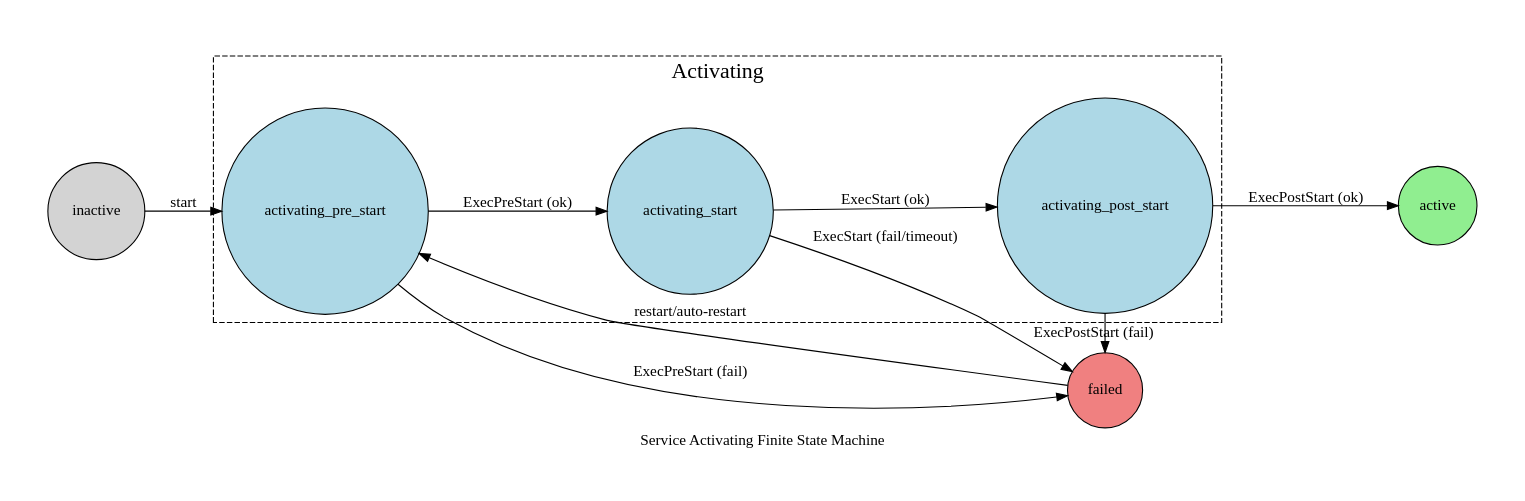
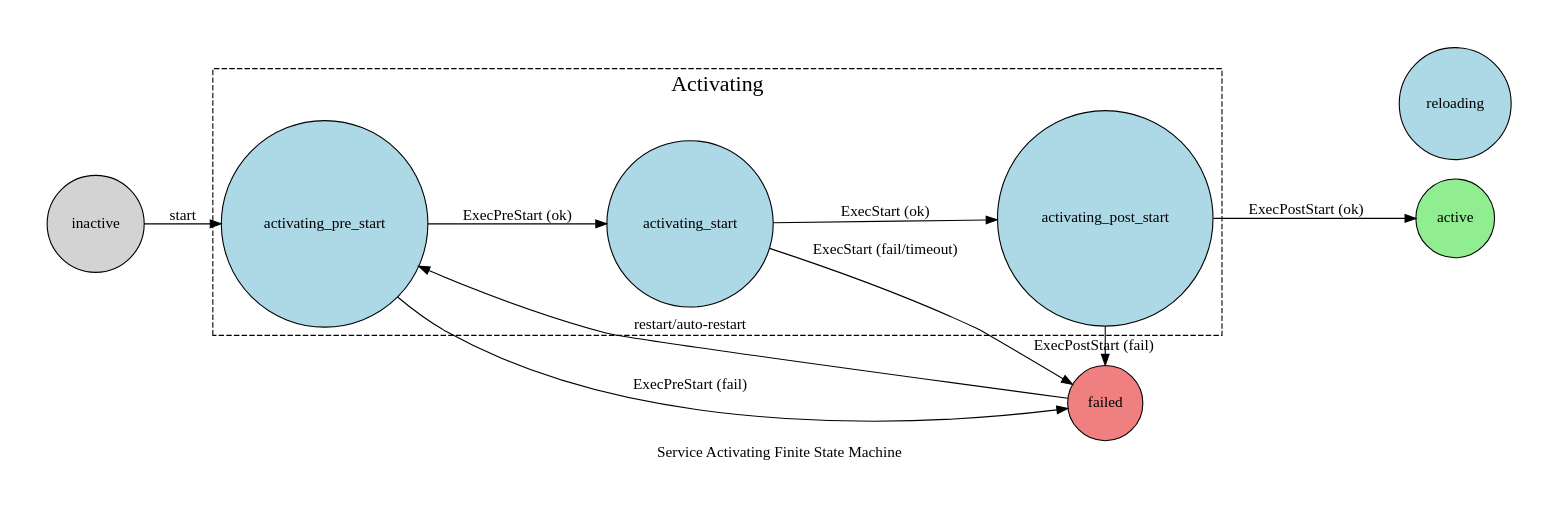
Before and after one commit to TheKhanj/ella: the diagram in fsm/service-activating.dot, drawn with Graphviz. The commit also changed 1 other file, not shown here.

```diff
--- a/fsm/service-activating.dot
+++ b/fsm/service-activating.dot
@@ -1,33 +1,35 @@
 digraph service_states {
 	label="Service Activating Finite State Machine";
 	rankdir=LR;
 	fontname="Ubuntu";
 	style=solid;
 	graph [pad="0.5"];
 	node [shape=circle, style=filled, fillcolor=lightblue, fontname="Ubuntu"];
+	{ rank=min; inactive; };
+	{ rank=same; reloading; active; };
 
 	// States
 	inactive               [label="inactive", fillcolor="lightgray"];
 	active                 [label="active", fillcolor="lightgreen"];
 	failed                 [label="failed", fillcolor="lightcoral"];
 
 	subgraph cluster_activating {
 		label="Activating";
 		style=dashed;
 		fontsize=20;
 
 		activating_pre_start   [label="activating_pre_start"];
 		activating_start       [label="activating_start"];
 		activating_post_start  [label="activating_post_start"];
 	}
 
 	// Transitions
 	failed                -> activating_pre_start  [label="restart/auto-restart"];
 	inactive              -> activating_pre_start  [label="start"];
 	activating_pre_start  -> activating_start      [label="ExecPreStart (ok)"];
 	activating_pre_start  -> failed                [label="ExecPreStart (fail)"];
 	activating_start      -> activating_post_start [label="ExecStart (ok)"];
 	activating_start      -> failed                [label="ExecStart (fail/timeout)"];
 	activating_post_start -> active                [label="ExecPostStart (ok)"];
 	activating_post_start -> failed                [label="ExecPostStart (fail)"];
 }
```
